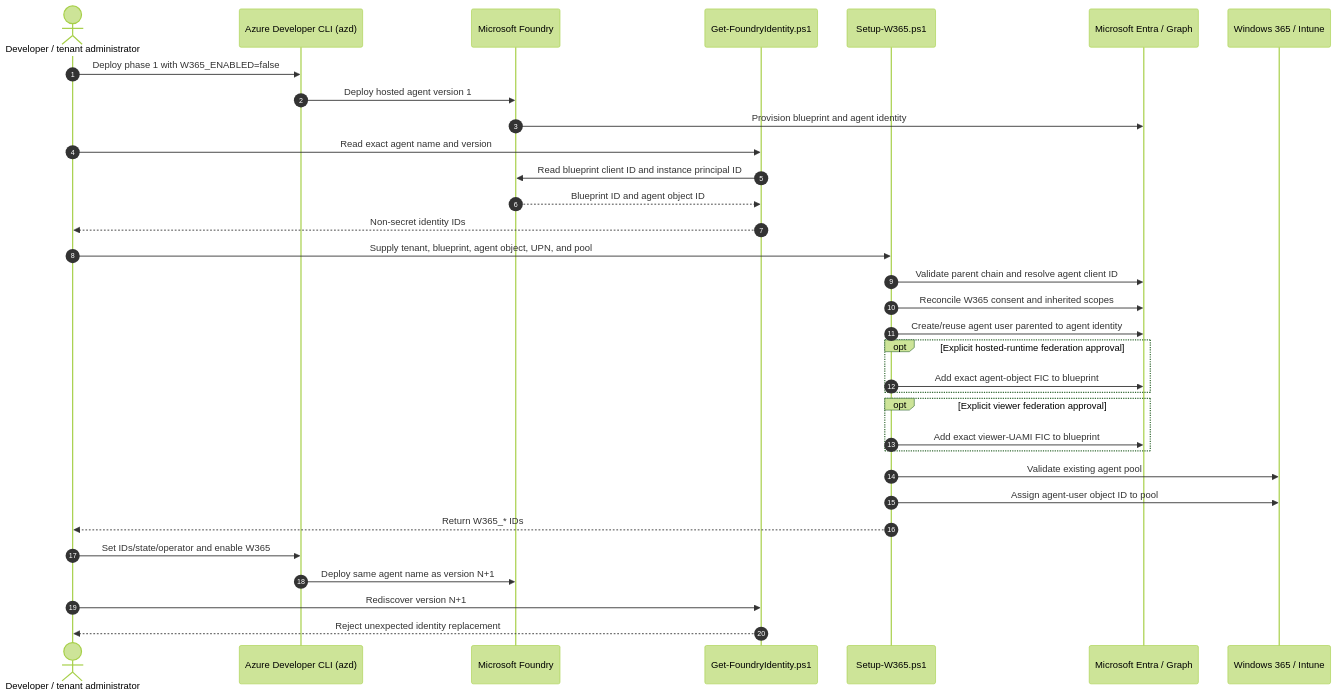
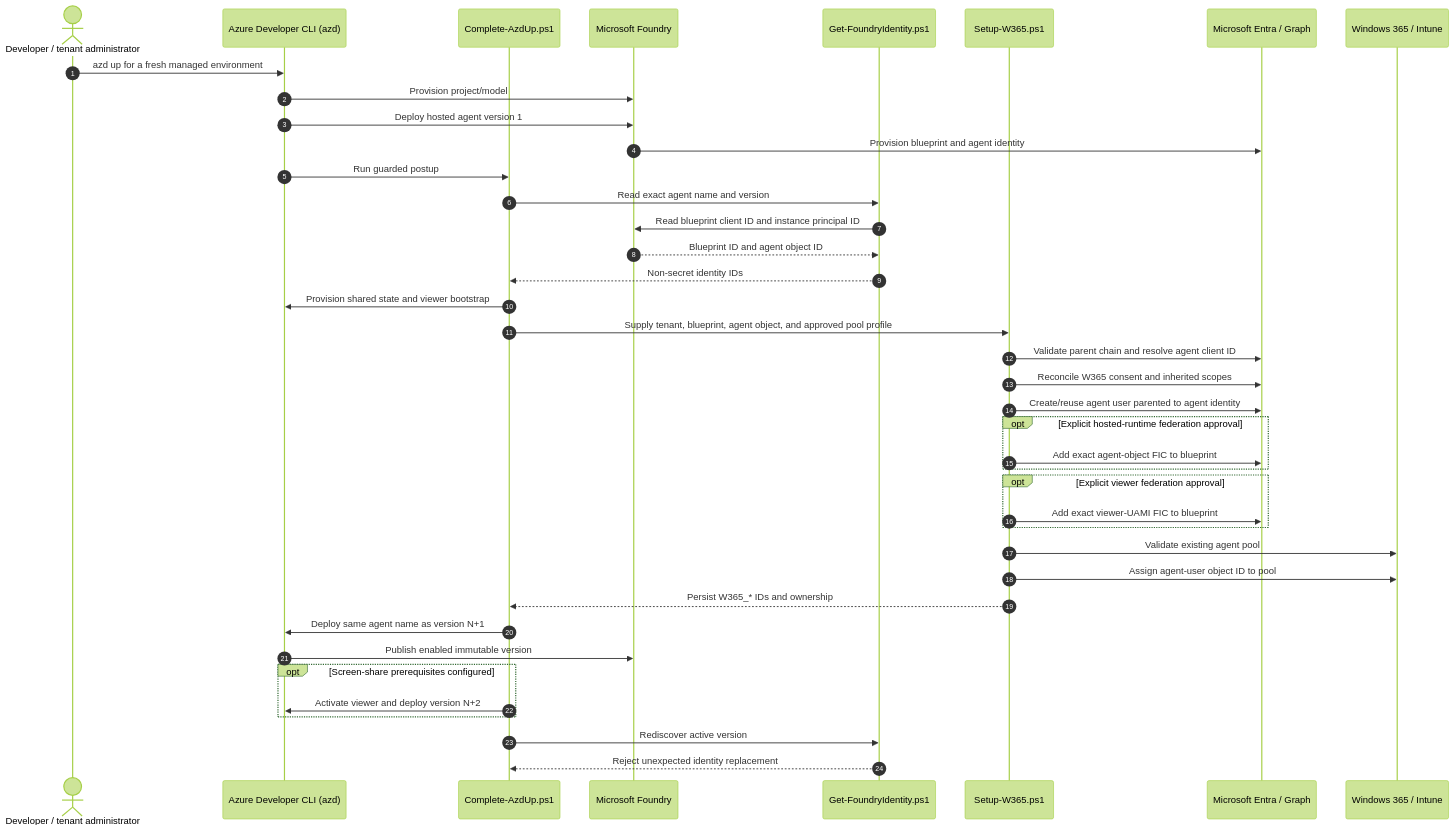
One commit to pachaturvedi/computer-use-foundry-agent-win365 changed the second of 3 diagrams in docs/ARCHITECTURE.md. Above: the diagram before and after it, drawn with Mermaid (forest theme). The commit also changed other lines of this file and 14 other files, not shown here.

Commit message:
Complete fresh azd deployment setup

````diff
--- a/docs/ARCHITECTURE.md
+++ b/docs/ARCHITECTURE.md
@@ -80,38 +82,45 @@
 ```mermaid
 sequenceDiagram
    autonumber
    actor Admin as Developer / tenant administrator
    participant AZD as Azure Developer CLI (azd)
+   participant Hook as Complete-AzdUp.ps1
    participant Foundry as Microsoft Foundry
    participant Discovery as Get-FoundryIdentity.ps1
    participant Setup as Setup-W365.ps1
    participant Entra as Microsoft Entra / Graph
    participant W365 as Windows 365 / Intune
 
-   Admin->>AZD: Deploy phase 1 with W365_ENABLED=false
+   Admin->>AZD: azd up for a fresh managed environment
+   AZD->>Foundry: Provision project/model
    AZD->>Foundry: Deploy hosted agent version 1
    Foundry->>Entra: Provision blueprint and agent identity
-   Admin->>Discovery: Read exact agent name and version
+   AZD->>Hook: Run guarded postup
+   Hook->>Discovery: Read exact agent name and version
    Discovery->>Foundry: Read blueprint client ID and instance principal ID
    Foundry-->>Discovery: Blueprint ID and agent object ID
-   Discovery-->>Admin: Non-secret identity IDs
+   Discovery-->>Hook: Non-secret identity IDs
+   Hook->>AZD: Provision shared state and viewer bootstrap
 
-   Admin->>Setup: Supply tenant, blueprint, agent object, UPN, and pool
+   Hook->>Setup: Supply tenant, blueprint, agent object, and approved pool profile
    Setup->>Entra: Validate parent chain and resolve agent client ID
    Setup->>Entra: Reconcile W365 consent and inherited scopes
    Setup->>Entra: Create/reuse agent user parented to agent identity
    opt Explicit hosted-runtime federation approval
       Setup->>Entra: Add exact agent-object FIC to blueprint
    end
    opt Explicit viewer federation approval
       Setup->>Entra: Add exact viewer-UAMI FIC to blueprint
    end
    Setup->>W365: Validate existing agent pool
    Setup->>W365: Assign agent-user object ID to pool
-   Setup-->>Admin: Return W365_* IDs
+   Setup-->>Hook: Persist W365_* IDs and ownership
 
-   Admin->>AZD: Set IDs/state/operator and enable W365
-   AZD->>Foundry: Deploy same agent name as version N+1
-   Admin->>Discovery: Rediscover version N+1
-   Discovery-->>Admin: Reject unexpected identity replacement
+   Hook->>AZD: Deploy same agent name as version N+1
+   AZD->>Foundry: Publish enabled immutable version
+   opt Screen-share prerequisites configured
+      Hook->>AZD: Activate viewer and deploy version N+2
+   end
+   Hook->>Discovery: Rediscover active version
+   Discovery-->>Hook: Reject unexpected identity replacement
 ```
````
